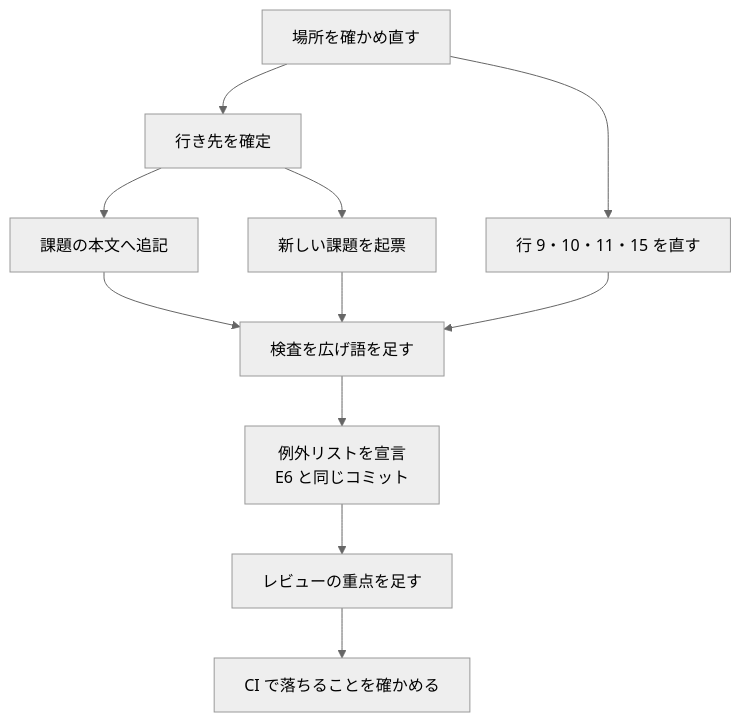
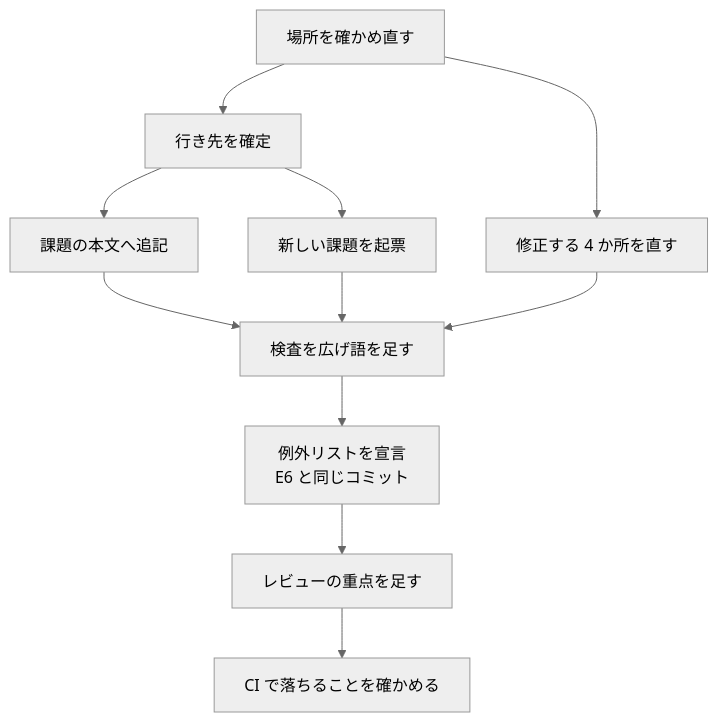
The fourth of 4 diagrams in issues/issue-2624-design.md (devbasex/ai-plugins), drawn with Mermaid (neutral theme) before and after one commit. The commit also changed other lines of this file, not shown here.

````diff
--- a/issues/issue-2624-design.md
+++ b/issues/issue-2624-design.md
@@ -290,13 +390,13 @@
 ```mermaid
 graph TD
     E1[場所を確かめ直す] --> E2[行き先を確定]
     E2 --> E3[課題の本文へ追記]
     E2 --> E4[新しい課題を起票]
-    E1 --> E5[行 9・10・11・15 を直す]
+    E1 --> E5[修正する 4 か所を直す]
     E3 --> E6[検査を広げ語を足す]
     E4 --> E6
     E5 --> E6
     E6 --> E7[例外リストを宣言<br/>E6 と同じコミット]
     E7 --> E8[レビューの重点を足す]
     E8 --> E9[CI で落ちることを確かめる]
 ```
````
